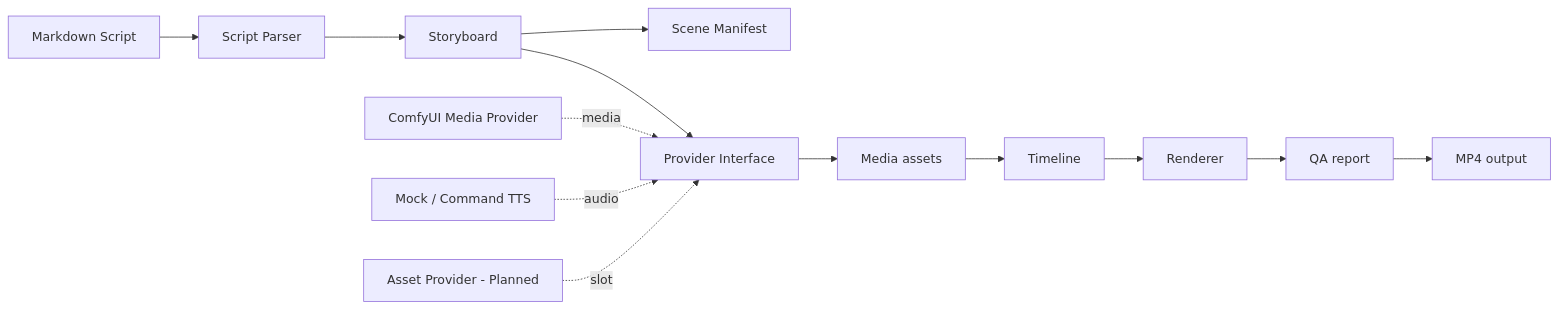
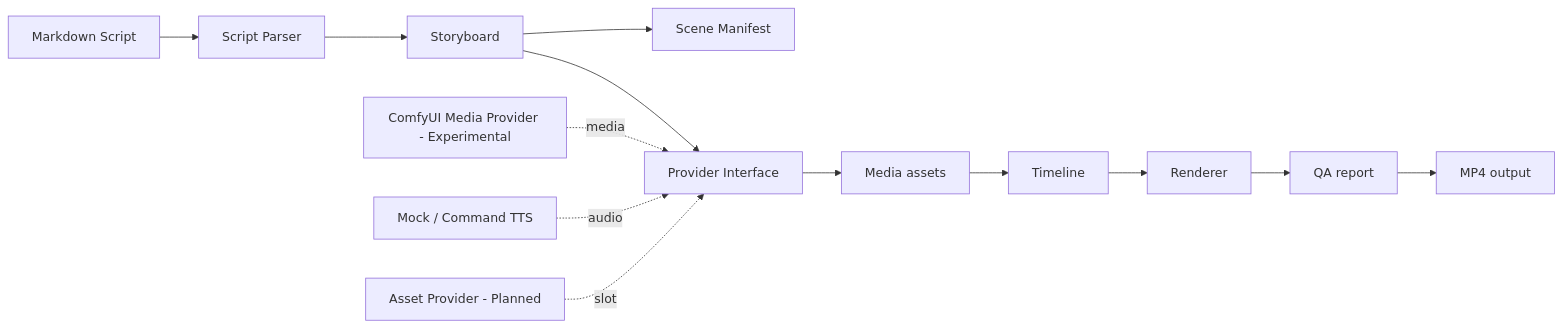
One commit to emeradutiable111/AutoVideo-Agent changed the diagram in README.md. Above: the diagram before and after it, drawn with Mermaid. The commit also changed other lines of this file and 1 other file, not shown here.

Commit message:
docs: clarify ComfyUI beta validation status

```diff
--- a/README.md
+++ b/README.md
@@ -73,15 +73,15 @@
 ~~~mermaid
 flowchart LR
     Script[Markdown Script] --> Parser[Script Parser]
     Parser --> Storyboard[Storyboard]
     Storyboard --> Manifest[Scene Manifest]
     Storyboard --> Providers[Provider Interface]
     Providers --> Media[Media assets]
     Media --> Timeline[Timeline]
     Timeline --> Renderer[Renderer]
     Renderer --> QA[QA report]
     QA --> MP4[MP4 output]
-    VideoProvider[ComfyUI Media Provider] -. media .-> Providers
+    VideoProvider[ComfyUI Media Provider - Experimental] -. media .-> Providers
     TTSProvider[Mock / Command TTS] -. audio .-> Providers
     AssetProvider[Asset Provider - Planned] -. slot .-> Providers
 ~~~
```
